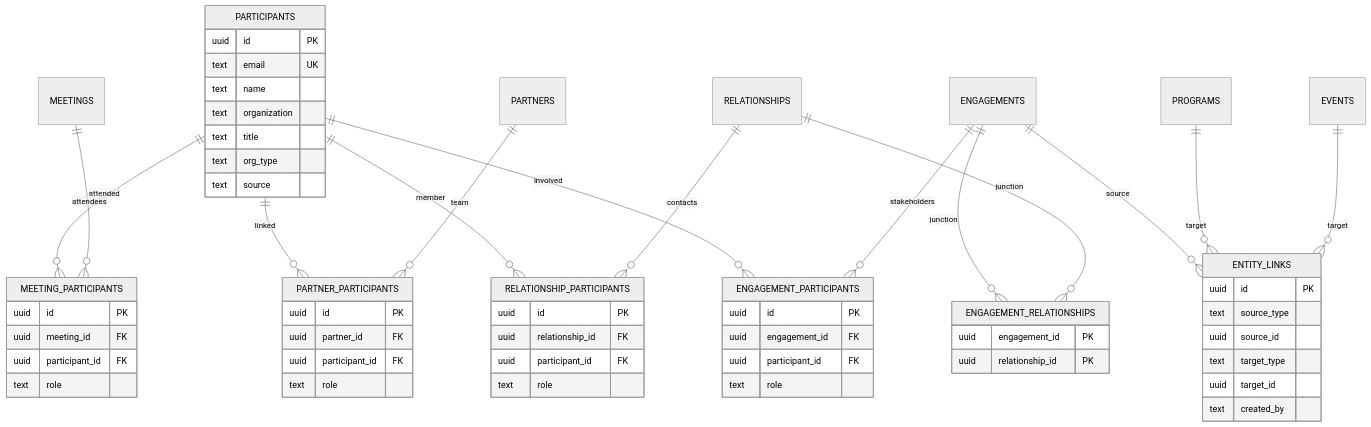
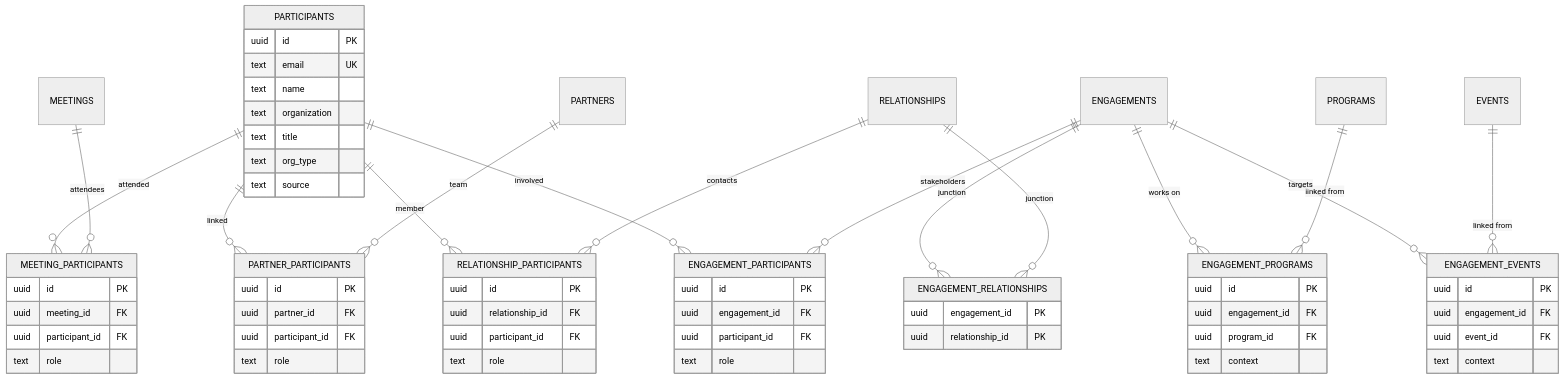
The fourth of 5 diagrams in docs/entity-model.md (zingozingo/roadrunner), drawn with Mermaid (neutral theme) before and after one commit. The commit also changed other lines of this file and 3 other files, not shown here.

Commit message:
docs: add decisions 221-232, update docs for entity_links migration and intake redesign

````diff
--- a/docs/entity-model.md
+++ b/docs/entity-model.md
@@ -535,62 +538,67 @@
 ```mermaid
 erDiagram
     PARTICIPANTS ||--o{ PARTNER_PARTICIPANTS : "linked"
     PARTICIPANTS ||--o{ MEETING_PARTICIPANTS : "attended"
     PARTICIPANTS ||--o{ ENGAGEMENT_PARTICIPANTS : "involved"
     PARTICIPANTS ||--o{ RELATIONSHIP_PARTICIPANTS : "member"
     PARTNERS ||--o{ PARTNER_PARTICIPANTS : "team"
     MEETINGS ||--o{ MEETING_PARTICIPANTS : "attendees"
     ENGAGEMENTS ||--o{ ENGAGEMENT_PARTICIPANTS : "stakeholders"
     RELATIONSHIPS ||--o{ RELATIONSHIP_PARTICIPANTS : "contacts"
-    ENGAGEMENTS ||--o{ ENTITY_LINKS : "source"
-    PROGRAMS ||--o{ ENTITY_LINKS : "target"
-    EVENTS ||--o{ ENTITY_LINKS : "target"
+    ENGAGEMENTS ||--o{ ENGAGEMENT_PROGRAMS : "works on"
+    PROGRAMS ||--o{ ENGAGEMENT_PROGRAMS : "linked from"
+    ENGAGEMENTS ||--o{ ENGAGEMENT_EVENTS : "targets"
+    EVENTS ||--o{ ENGAGEMENT_EVENTS : "linked from"
     ENGAGEMENTS ||--o{ ENGAGEMENT_RELATIONSHIPS : "junction"
     RELATIONSHIPS ||--o{ ENGAGEMENT_RELATIONSHIPS : "junction"
 
     PARTICIPANTS {
         uuid id PK
         text email UK
         text name
         text organization
         text title
         text org_type
         text source
     }
     PARTNER_PARTICIPANTS {
         uuid id PK
         uuid partner_id FK
         uuid participant_id FK
         text role
     }
     MEETING_PARTICIPANTS {
         uuid id PK
         uuid meeting_id FK
         uuid participant_id FK
         text role
     }
     ENGAGEMENT_PARTICIPANTS {
         uuid id PK
         uuid engagement_id FK
         uuid participant_id FK
         text role
     }
     RELATIONSHIP_PARTICIPANTS {
         uuid id PK
         uuid relationship_id FK
         uuid participant_id FK
         text role
     }
-    ENTITY_LINKS {
+    ENGAGEMENT_PROGRAMS {
         uuid id PK
-        text source_type
-        uuid source_id
-        text target_type
-        uuid target_id
-        text created_by
+        uuid engagement_id FK
+        uuid program_id FK
+        text context
+    }
+    ENGAGEMENT_EVENTS {
+        uuid id PK
+        uuid engagement_id FK
+        uuid event_id FK
+        text context
     }
     ENGAGEMENT_RELATIONSHIPS {
         uuid engagement_id PK
         uuid relationship_id PK
     }
 ```
````
